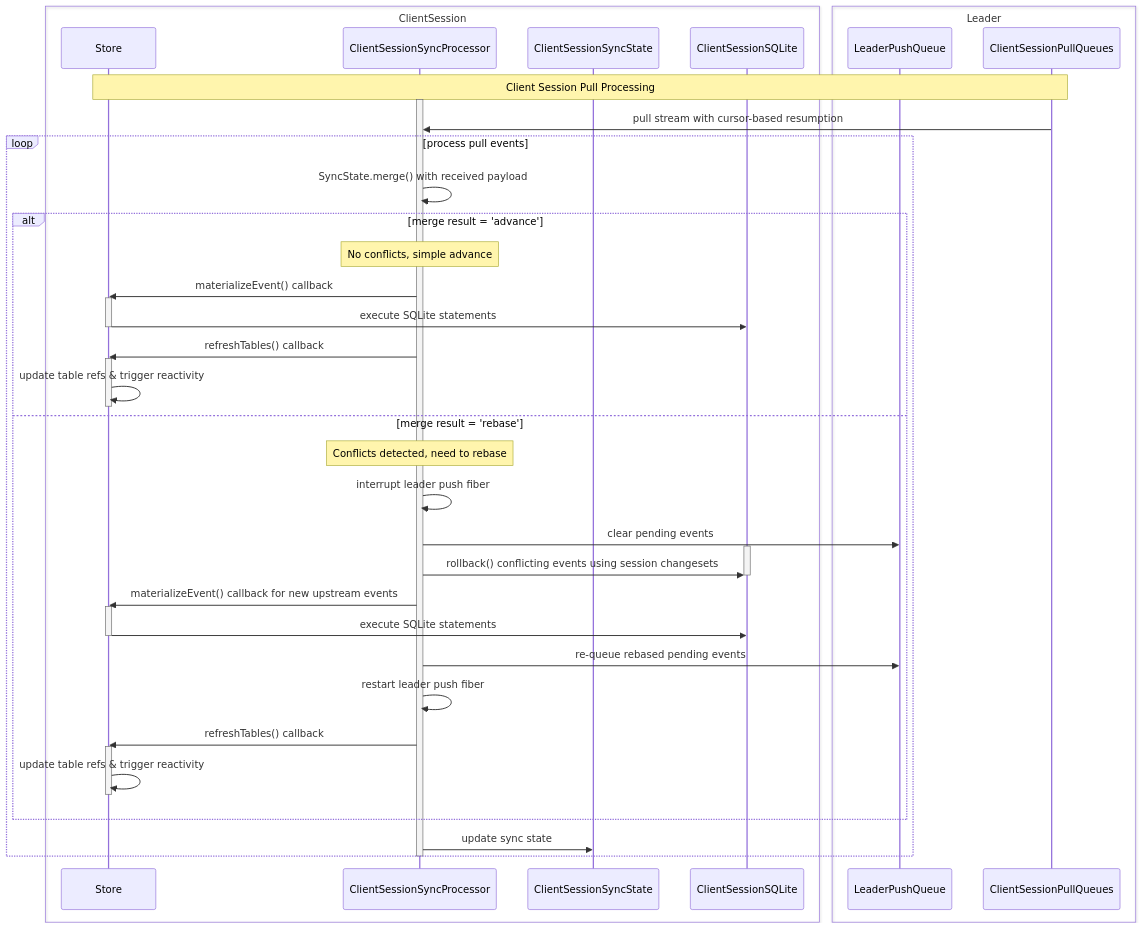
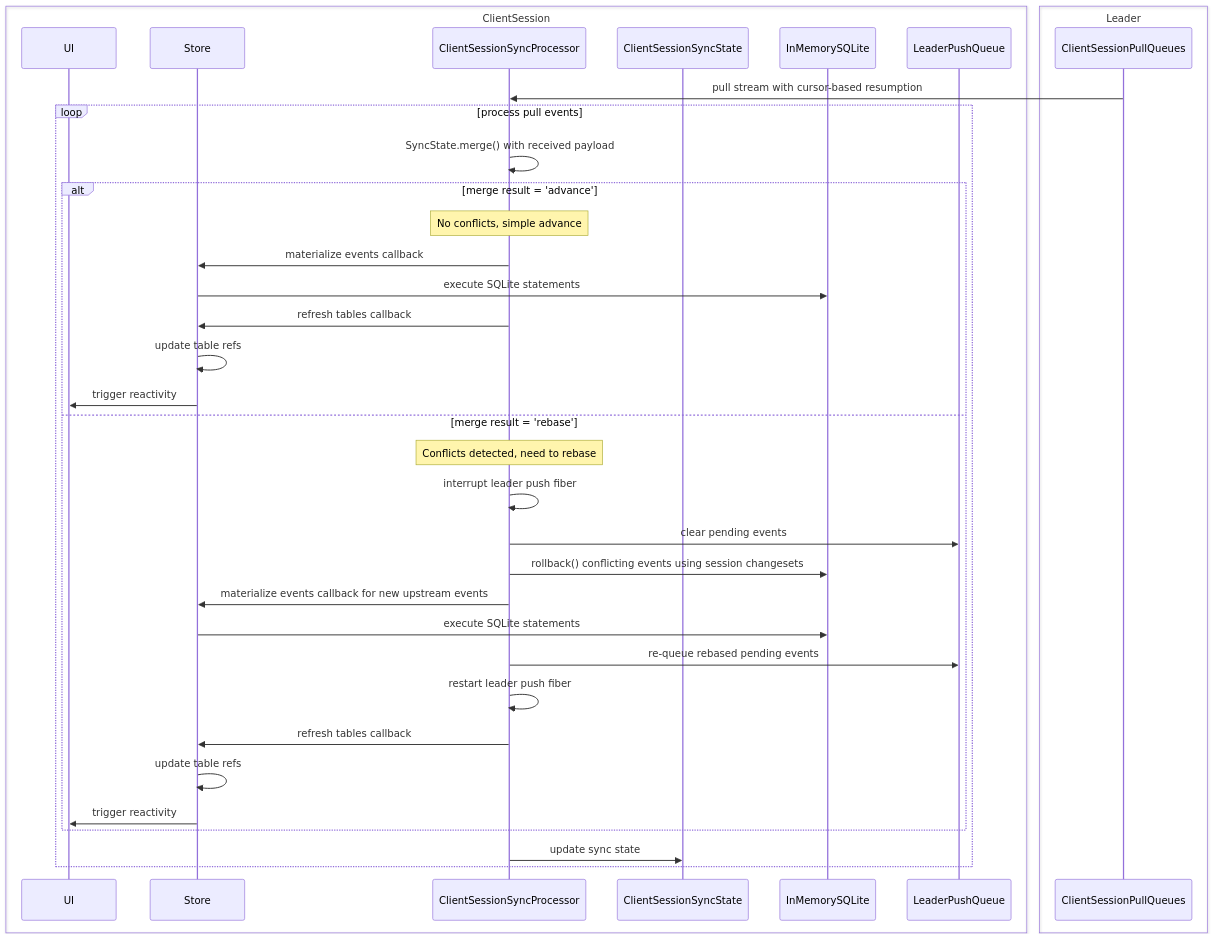
One commit to livestorejs/livestore changed the diagram in docs/src/content/docs/reference/syncing/diagrams/client-session-pull.mermaid. Above: the diagram before and after it, drawn with Mermaid. The commit also changed 5 other files, not shown here.

Commit message:
docs(reference): syncing sequence diagrams

```diff
--- a/docs/src/content/docs/reference/syncing/diagrams/client-session-pull.mermaid
+++ b/docs/src/content/docs/reference/syncing/diagrams/client-session-pull.mermaid
@@ -1,65 +1,50 @@
 sequenceDiagram
     box ClientSession
+        participant UI
         participant Store
         participant CSSP as ClientSessionSyncProcessor
         participant ClientSessionSyncState
-        participant ClientSessionSQLite
+        participant InMemorySQLite
+        participant LeaderPushQueue
     end
     box Leader
-        participant LeaderPushQueue
         participant ClientSessionPullQueues
     end
 
-    Note over Store, ClientSessionPullQueues: Client Session Pull Processing
 
-    activate CSSP
     ClientSessionPullQueues->>CSSP: pull stream with cursor-based resumption
-    
+
     loop process pull events
         CSSP->>CSSP: SyncState.merge() with received payload
-        
+
         alt merge result = 'advance'
             Note over CSSP: No conflicts, simple advance
-            CSSP->>Store: materializeEvent() callback
-            activate Store
-            Store->>ClientSessionSQLite: execute SQLite statements
-            deactivate Store
-            
-            CSSP->>Store: refreshTables() callback
-            activate Store
-            Store->>Store: update table refs & trigger reactivity
-            deactivate Store
-            
+            CSSP->>Store: materialize events callback
+            Store->>InMemorySQLite: execute SQLite statements
+
+            CSSP->>Store: refresh tables callback
+            Store->>Store: update table refs
+            Store->>UI: trigger reactivity
+
         else merge result = 'rebase'
             Note over CSSP: Conflicts detected, need to rebase
-            
-            %% Interrupt current processing
+
             CSSP->>CSSP: interrupt leader push fiber
             CSSP->>LeaderPushQueue: clear pending events
-            
-            %% Rollback conflicting events
-            activate ClientSessionSQLite
-            CSSP->>ClientSessionSQLite: rollback() conflicting events using session changesets
-            deactivate ClientSessionSQLite
-            
-            %% Materialize upstream events
-            CSSP->>Store: materializeEvent() callback for new upstream events
-            activate Store
-            Store->>ClientSessionSQLite: execute SQLite statements
-            deactivate Store
-            
-            %% Re-queue rebased events
+
+            CSSP->>InMemorySQLite: rollback() conflicting events using session changesets
+
+            CSSP->>Store: materialize events callback for new upstream events
+            Store->>InMemorySQLite: execute SQLite statements
+
             CSSP->>LeaderPushQueue: re-queue rebased pending events
             CSSP->>CSSP: restart leader push fiber
-            
-            %% Update UI
-            CSSP->>Store: refreshTables() callback
-            activate Store
-            Store->>Store: update table refs & trigger reactivity
-            deactivate Store
+
+            CSSP->>Store: refresh tables callback
+            Store->>Store: update table refs
+            Store->>UI: trigger reactivity
         end
-        
+
         %% Update sync state
         CSSP->>ClientSessionSyncState: update sync state
     end
-    deactivate CSSP
```
